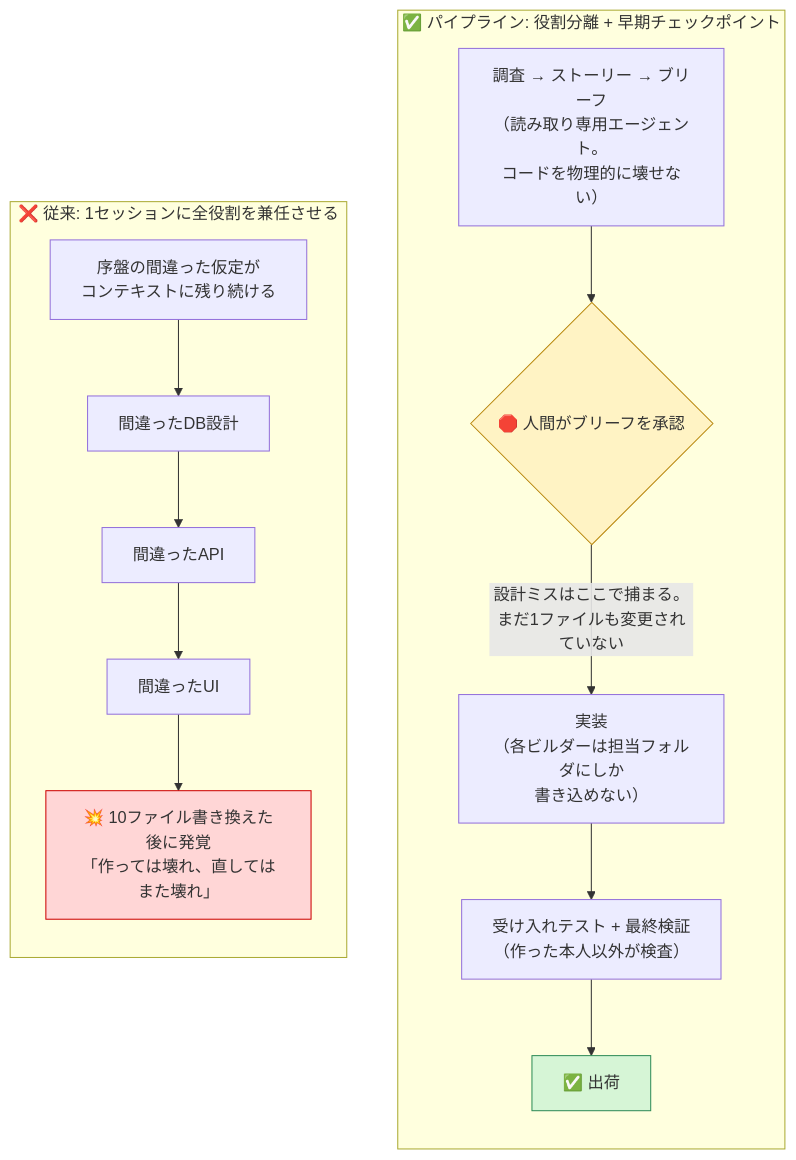
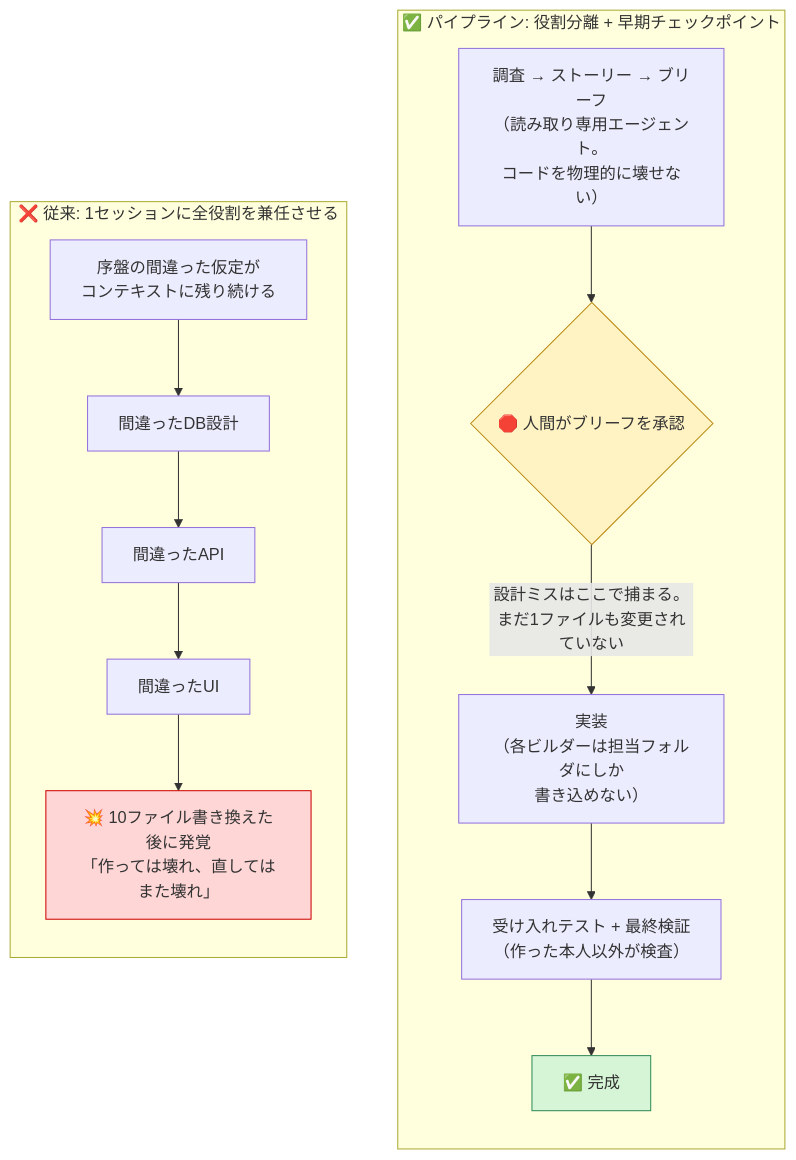
Before and after one commit to mrkxlia/claude-code-workbench-ja: the first of 4 diagrams in software-pipeline/README.md, drawn with Mermaid. The commit also changed other lines of this file and 19 other files, not shown here.

````diff
--- a/software-pipeline/README.md
+++ b/software-pipeline/README.md
@@ -27,21 +27,21 @@
 ```mermaid
 flowchart LR
     subgraph single["❌ 従来: 1セッションに全役割を兼任させる"]
         direction TB
         s1["序盤の間違った仮定が<br/>コンテキストに残り続ける"] --> s2["間違ったDB設計"]
         s2 --> s3["間違ったAPI"]
         s3 --> s4["間違ったUI"]
         s4 --> s5["💥 10ファイル書き換えた後に発覚<br/>「作っては壊れ、直してはまた壊れ」"]
     end
     subgraph pipeline["✅ パイプライン: 役割分離 + 早期チェックポイント"]
         direction TB
         f1["調査 → ストーリー → ブリーフ<br/>（読み取り専用エージェント。<br/>コードを物理的に壊せない）"] --> f2{"🛑 人間がブリーフを承認"}
         f2 -->|"設計ミスはここで捕まる。<br/>まだ1ファイルも変更されていない"| f3["実装<br/>（各ビルダーは担当フォルダにしか<br/>書き込めない）"]
         f3 --> f4["受け入れテスト + 最終検証<br/>（作った本人以外が検査）"]
-        f4 --> f5["✅ 出荷"]
+        f4 --> f5["✅ 完成"]
     end
     single ~~~ pipeline
     style s5 fill:#ffd6d6,stroke:#cc0000
     style f2 fill:#fff3c4,stroke:#b8860b
     style f5 fill:#d6f5d6,stroke:#2e8b57
 ```
````
